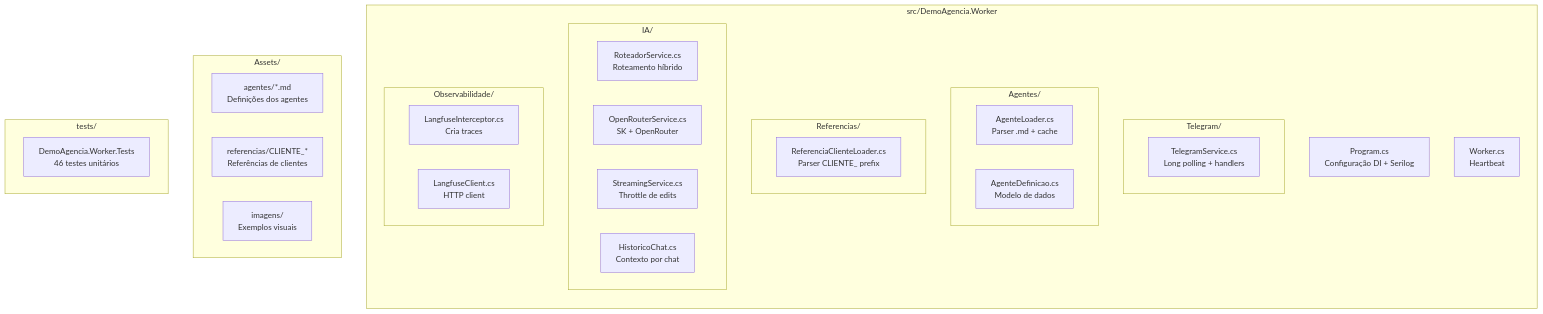
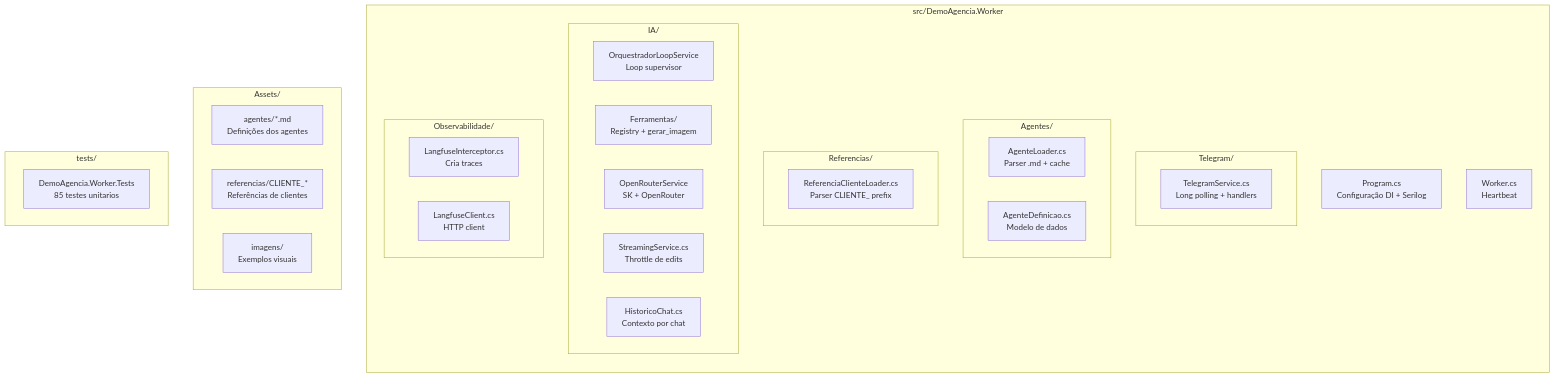
One commit to joaopedro-marques/suspira.fluxo.demo changed the tenth of 16 diagrams in docs/ARCHITECTURE.md. Above: the diagram before and after it, drawn with Mermaid. The commit also changed other lines of this file and 1 other file, not shown here.

First line of the commit message:
docs: update architecture and config for orchestrator loop

````diff
--- a/docs/ARCHITECTURE.md
+++ b/docs/ARCHITECTURE.md
@@ -362,43 +359,44 @@
 ```mermaid
 graph TD
     subgraph "src/DemoAgencia.Worker"
         direction TB
         PROG[Program.cs<br/>Configuração DI + Serilog]
         WORK[Worker.cs<br/>Heartbeat]
         
         subgraph "Telegram/"
             TS2[TelegramService.cs<br/>Long polling + handlers]
         end
         
         subgraph "Agentes/"
             AL2[AgenteLoader.cs<br/>Parser .md + cache]
             AD2[AgenteDefinicao.cs<br/>Modelo de dados]
         end
 
         subgraph "Referencias/"
             RCL[ReferenciaClienteLoader.cs<br/>Parser CLIENTE_ prefix]
         end
 
         subgraph "IA/"
-            RS2[RoteadorService.cs<br/>Roteamento híbrido]
-            OR2[OpenRouterService.cs<br/>SK + OpenRouter]
+            OL[OrquestradorLoopService<br/>Loop supervisor]
+            FR[Ferramentas/<br/>Registry + gerar_imagem]
+            OR2[OpenRouterService<br/>SK + OpenRouter]
             SS2[StreamingService.cs<br/>Throttle de edits]
             HC2[HistoricoChat.cs<br/>Contexto por chat]
         end
         
         subgraph "Observabilidade/"
             LI2[LangfuseInterceptor.cs<br/>Cria traces]
             LC2[LangfuseClient.cs<br/>HTTP client]
         end
     end
     
     subgraph "Assets/"
         MD2[agentes/*.md<br/>Definições dos agentes]
         REF[referencias/CLIENTE_*<br/>Referências de clientes]
         IMG[imagens/<br/>Exemplos visuais]
     end
     
     subgraph "tests/"
-        TEST[DemoAgencia.Worker.Tests<br/>46 testes unitários]
+        TEST[DemoAgencia.Worker.Tests<br/>85 testes unitarios]
     end
 ```
````
